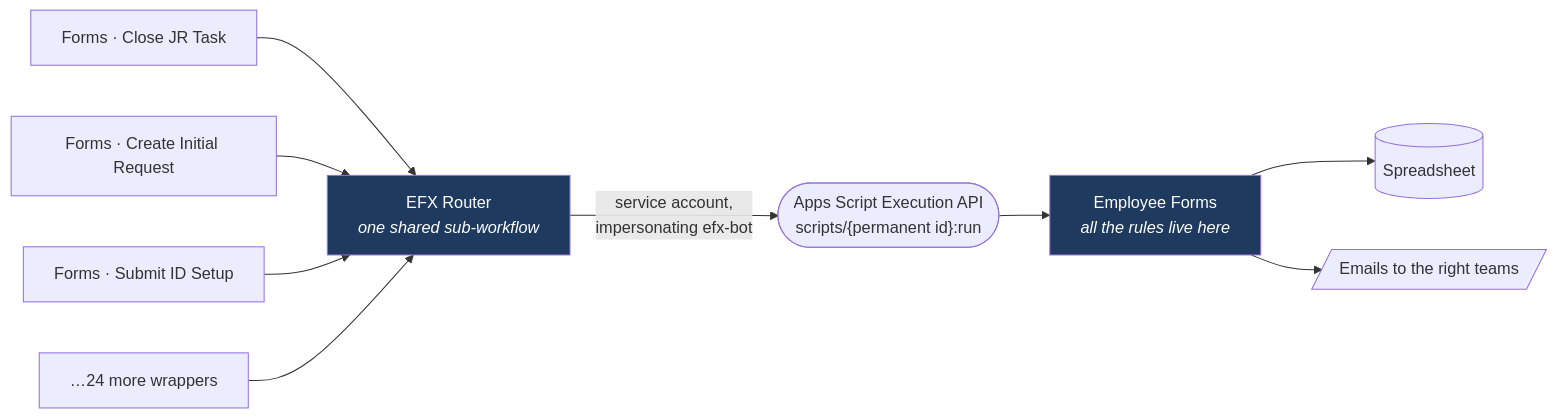
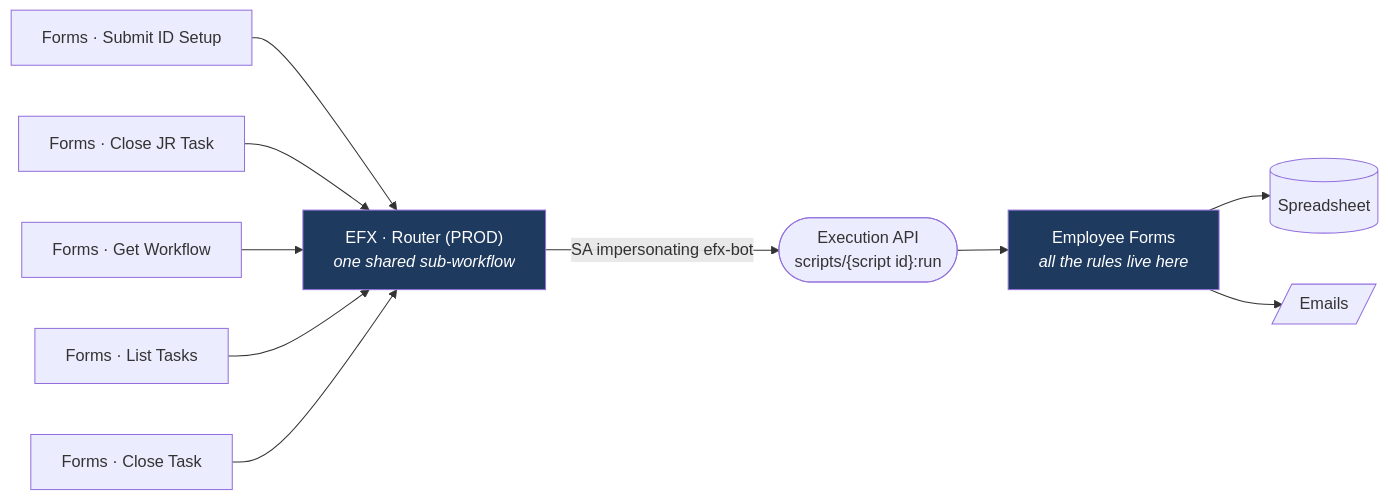
The third of 3 diagrams in employee_forms_deployment/docs/efx/handoff/FLOW.md (danieljbinns/APP-SCRIPT-FORMS), drawn with Mermaid before and after one commit. The commit also changed other lines of this file and 7 other files, not shown here.

First line of the commit message:
Handoff pack rewritten around George's onboarding flow; JR second

````diff
--- a/employee_forms_deployment/docs/efx/handoff/FLOW.md
+++ b/employee_forms_deployment/docs/efx/handoff/FLOW.md
@@ -90,16 +67,15 @@
 ```mermaid
 flowchart LR
-  G1["Forms · Close JR Task"] --> R
-  G2["Forms · Create Initial Request"] --> R
-  G3["Forms · Submit ID Setup"] --> R
-  G4["…24 more wrappers"] --> R
-
-  R["EFX Router<br/><i>one shared sub-workflow</i>"]
-  R -- "service account,<br/>impersonating efx-bot" --> API(["Apps Script Execution API<br/>scripts/{permanent id}:run"])
+  G1["Forms · Submit ID Setup"] --> R
+  G2["Forms · Close JR Task"] --> R
+  G3["Forms · Get Workflow"] --> R
+  G4["Forms · List Tasks"] --> R
+  G5["Forms · Close Task"] --> R
+  R["EFX · Router (PROD)<br/><i>one shared sub-workflow</i>"]
+  R -- "SA impersonating efx-bot" --> API(["Execution API<br/>scripts/{script id}:run"])
   API --> F["Employee Forms<br/><i>all the rules live here</i>"]
   F --> SS[(Spreadsheet)]
-  F --> EM[/Emails to the right teams/]
-
+  F --> EM[/Emails/]
   style R fill:#1e3a5f,color:#fff
   style F fill:#1e3a5f,color:#fff
 ```
````
